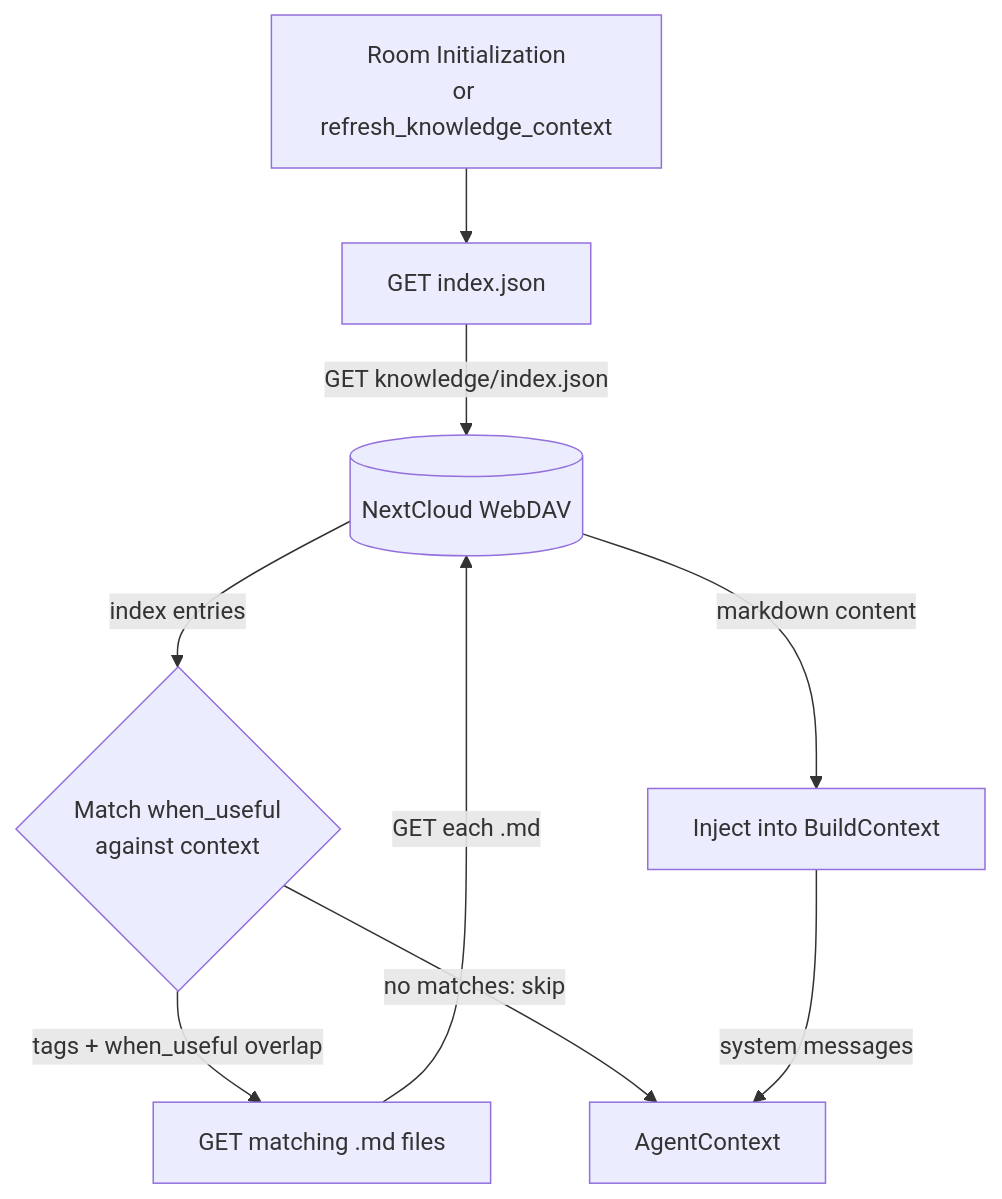
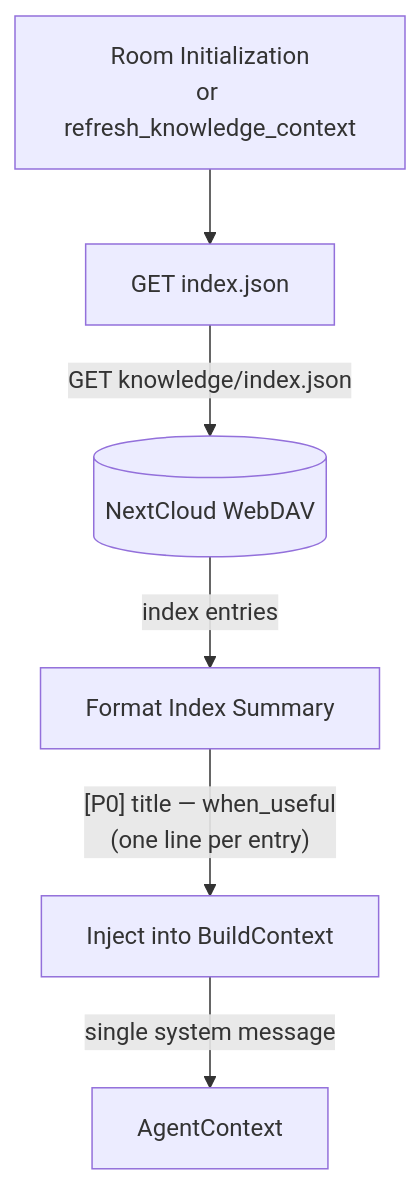
One commit to cosmoswafer/rockbot changed the second of 5 diagrams in _dfd/knowledge/knowledge.md. Above: the diagram before and after it, drawn with Mermaid. The commit also changed other lines of this file and 8 other files, not shown here.

First line of the commit message:
fix: inject knowledge index summary instead of full entry bodies (closes #64)

````diff
--- a/_dfd/knowledge/knowledge.md
+++ b/_dfd/knowledge/knowledge.md
@@ -92,19 +95,15 @@
 ```mermaid
 flowchart TD
     INIT[Room Initialization<br/>or refresh_knowledge_context]
     GET_IDX[GET index.json]
     DAV[(NextCloud WebDAV)]
-    MATCH{Match when_useful<br/>against context}
-    LOAD_MD[GET matching .md files]
+    SUMMARIZE[Format Index Summary]
     INJECT[Inject into BuildContext]
     CTX[AgentContext]
 
     INIT --> GET_IDX
     GET_IDX -->|"GET knowledge/index.json"| DAV
-    DAV -->|"index entries"| MATCH
-    MATCH -->|"tags + when_useful overlap"| LOAD_MD
-    MATCH -->|"no matches: skip"| CTX
-    LOAD_MD -->|"GET each .md"| DAV
-    DAV -->|"markdown content"| INJECT
-    INJECT -->|"system messages"| CTX
+    DAV -->|"index entries"| SUMMARIZE
+    SUMMARIZE -->|"[P0] title — when_useful<br/>(one line per entry)"| INJECT
+    INJECT -->|"single system message"| CTX
 ```
````
